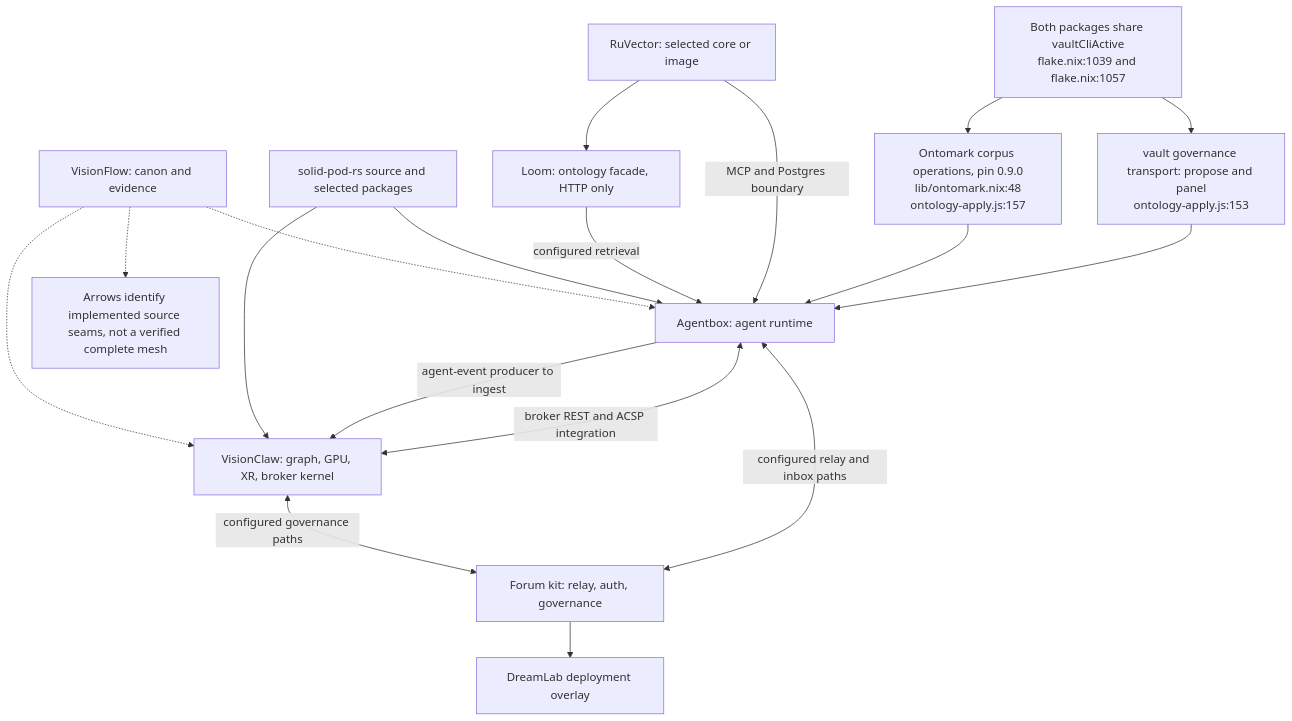
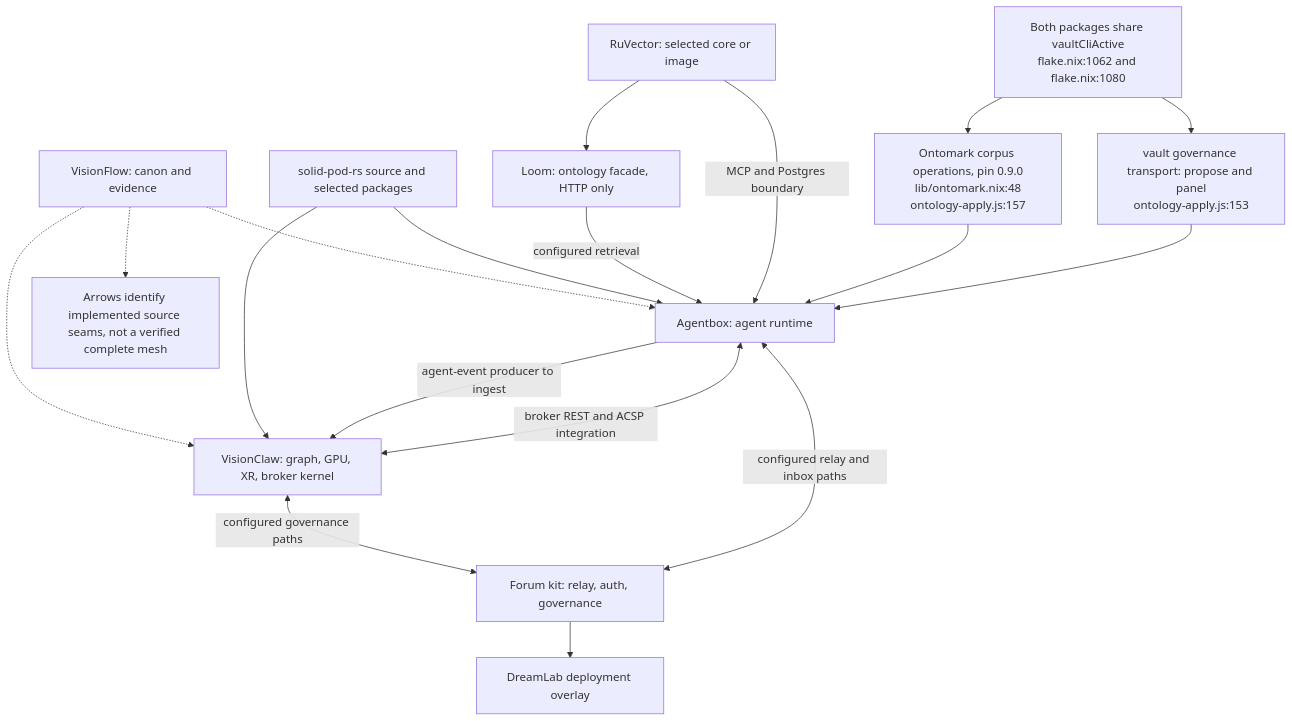
Before and after one commit to DreamLab-AI/VisionFlow: the first of 7 diagrams in docs/diagrams/visionflow/08-compatibility-and-dependency-direction.md, drawn with Mermaid. The commit also changed other lines of this file and 7 other files, not shown here.

````diff
--- a/docs/diagrams/visionflow/08-compatibility-and-dependency-direction.md
+++ b/docs/diagrams/visionflow/08-compatibility-and-dependency-direction.md
@@ -42,21 +42,21 @@
 ```mermaid
 flowchart TB
     VF["VisionFlow: canon and evidence"] -.-> VC["VisionClaw: graph, GPU, XR, broker kernel"]
     VF -.-> AB["Agentbox: agent runtime"]
     SPR["solid-pod-rs source and selected packages"] --> VC
     SPR --> AB
     NRF["Forum kit: relay, auth, governance"] --> DLW["DreamLab deployment overlay"]
     AB -->|agent-event producer to ingest| VC
     AB <-->|broker REST and ACSP integration| VC
     VC <-->|configured governance paths| NRF
     AB <-->|configured relay and inbox paths| NRF
     LOOM["Loom: ontology facade, HTTP only"] -->|configured retrieval| AB
     RV["RuVector: selected core or image"] --> LOOM
     RV -->|MCP and Postgres boundary| AB
     CLI["Ontomark corpus operations, pin 0.9.0<br/>lib/ontomark.nix:48<br/>ontology-apply.js:157"] --> AB
     VAULT["vault governance transport: propose and panel<br/>ontology-apply.js:153"] --> AB
-    GATE["Both packages share vaultCliActive<br/>flake.nix:1039 and flake.nix:1057"] --> CLI
+    GATE["Both packages share vaultCliActive<br/>flake.nix:1062 and flake.nix:1080"] --> CLI
     GATE --> VAULT
     SCOPE["Arrows identify implemented source seams, not a verified complete mesh"]
     VF -.-> SCOPE
 ```
````
